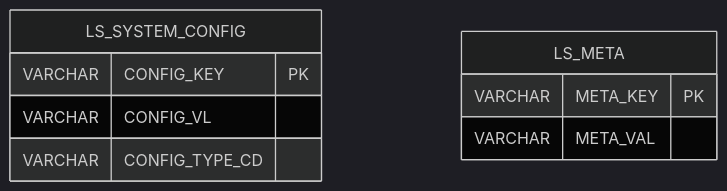
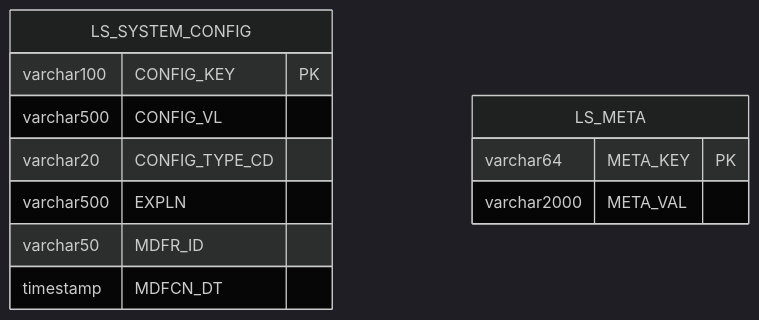
The seventh of 12 diagrams in docs/design/D8-엔티티관계모형설계서.md (New-stella/klid-label), drawn with Mermaid (dark theme) before and after one commit. The commit also changed other lines of this file and 9 other files, not shown here.

````diff
--- a/docs/design/D8-엔티티관계모형설계서.md
+++ b/docs/design/D8-엔티티관계모형설계서.md
@@ -339,12 +373,15 @@
 ```mermaid
 erDiagram
     LS_SYSTEM_CONFIG {
-        VARCHAR CONFIG_KEY PK
-        VARCHAR CONFIG_VL
-        VARCHAR CONFIG_TYPE_CD
+        varchar100 CONFIG_KEY PK
+        varchar500 CONFIG_VL
+        varchar20 CONFIG_TYPE_CD
+        varchar500 EXPLN
+        varchar50 MDFR_ID
+        timestamp MDFCN_DT
     }
     LS_META {
-        VARCHAR META_KEY PK
-        VARCHAR META_VAL
+        varchar64 META_KEY PK
+        varchar2000 META_VAL
     }
 ```
````
